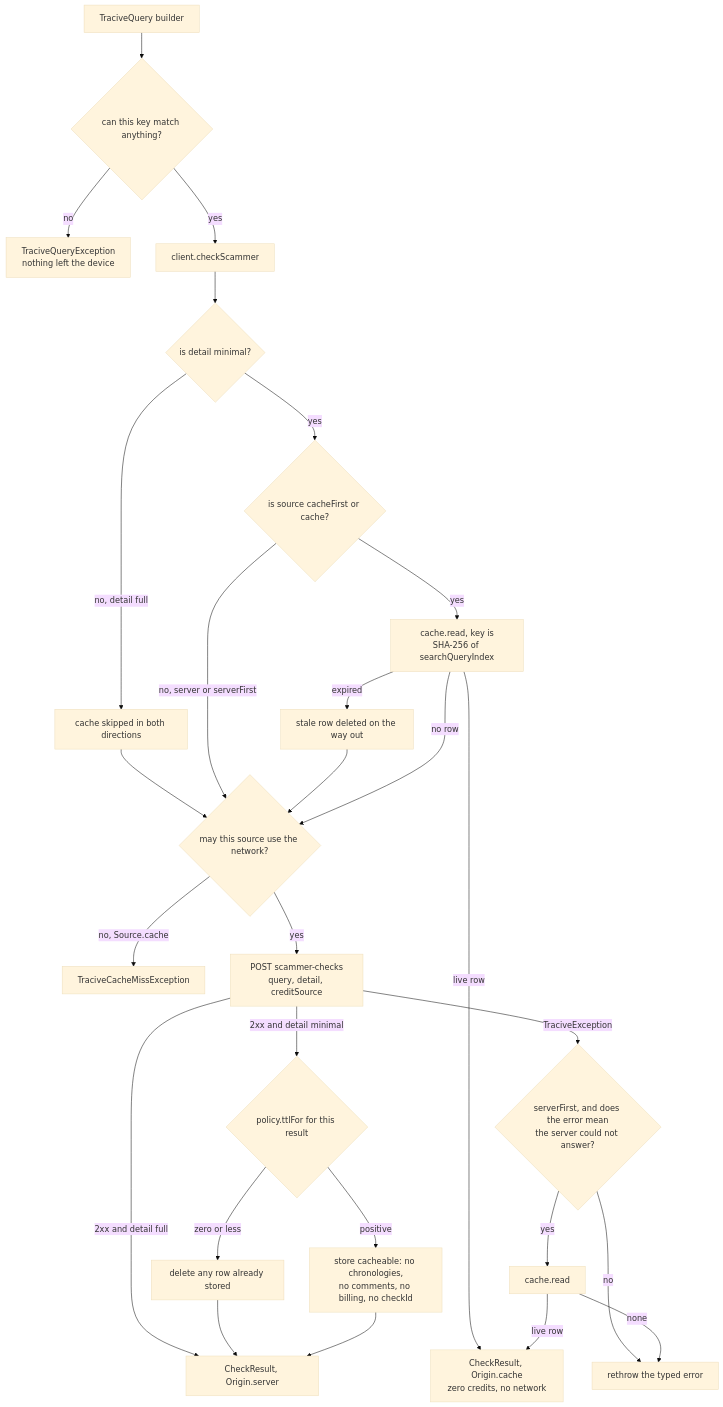
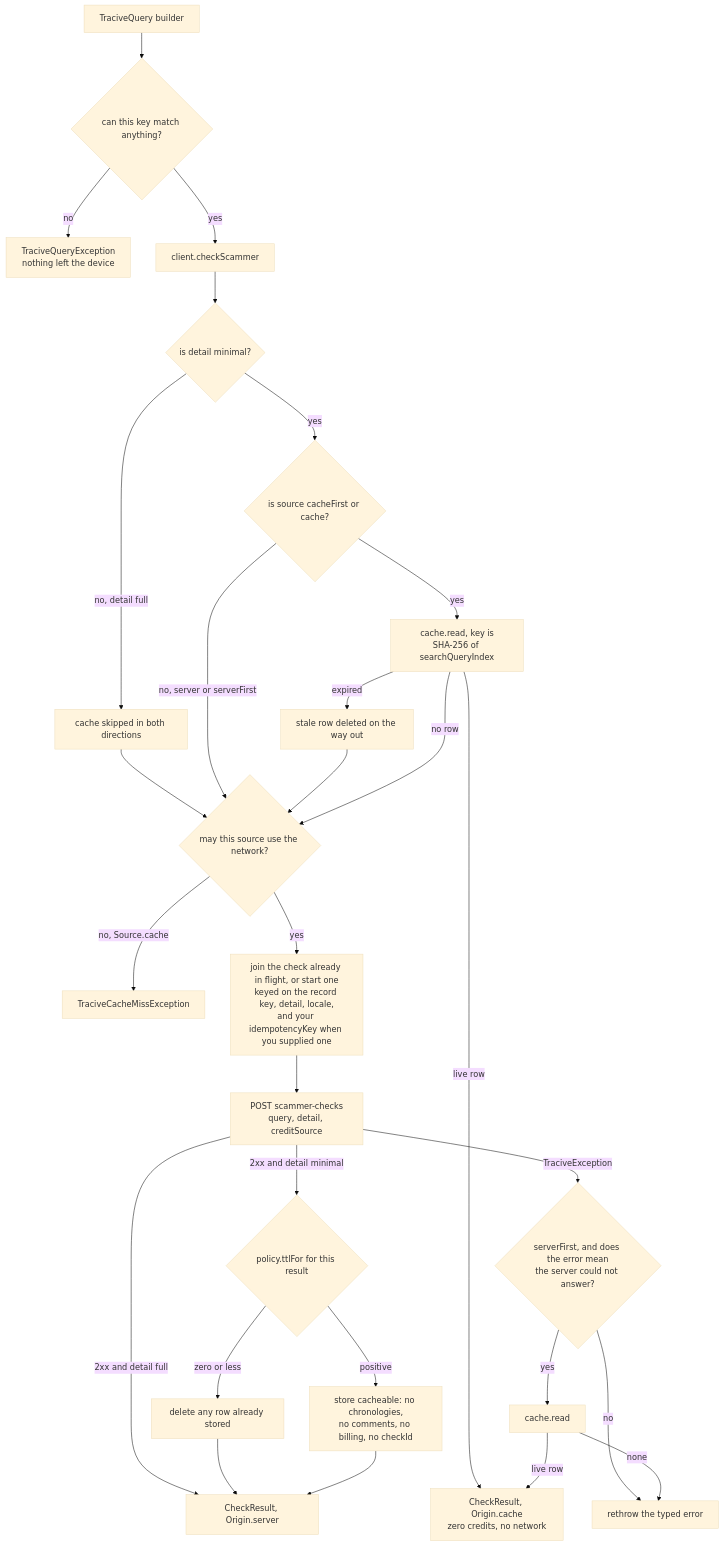
One commit to pleistocent/tracive-sdk-flutter changed the fourth of 5 diagrams in doc/architecture.md. Above: the diagram before and after it, drawn with Mermaid (base theme). The commit also changed other lines of this file, not shown here.

First line of the commit message:
docs(architecture): show the check latch in diagram D

````diff
--- a/doc/architecture.md
+++ b/doc/architecture.md
@@ -303,50 +311,52 @@
 ```mermaid
 flowchart TD
     Build["TraciveQuery builder"]
     Valid{"can this key match anything?"}
     Rejected["TraciveQueryException<br/>nothing left the device"]
     Check["client.checkScammer"]
     Applies{"is detail minimal?"}
     Skip["cache skipped in both directions"]
     ReadFirst{"is source cacheFirst or cache?"}
     CacheRead["cache.read, key is<br/>SHA-256 of searchQueryIndex"]
     Hit["CheckResult, Origin.cache<br/>zero credits, no network"]
     Expire["stale row deleted on the way out"]
     NetGate{"may this source use the network?"}
     Miss["TraciveCacheMissException"]
+    Latch["join the check already in flight, or start one<br/>keyed on the record key, detail, locale,<br/>and your idempotencyKey when you supplied one"]
     Post["POST scammer-checks<br/>query, detail, creditSource"]
     Ttl{"policy.ttlFor for this result"}
     Delete["delete any row already stored"]
     Store["store cacheable: no chronologies,<br/>no comments, no billing, no checkId"]
     Server["CheckResult, Origin.server"]
     Fallback{"serverFirst, and does the error mean<br/>the server could not answer?"}
     CacheRead2["cache.read"]
     Rethrow["rethrow the typed error"]
 
     Build --> Valid
     Valid -->|"no"| Rejected
     Valid -->|"yes"| Check
     Check --> Applies
     Applies -->|"no, detail full"| Skip
     Applies -->|"yes"| ReadFirst
     Skip --> NetGate
     ReadFirst -->|"yes"| CacheRead
     ReadFirst -->|"no, server or serverFirst"| NetGate
     CacheRead -->|"live row"| Hit
     CacheRead -->|"expired"| Expire
     Expire --> NetGate
     CacheRead -->|"no row"| NetGate
     NetGate -->|"no, Source.cache"| Miss
-    NetGate -->|"yes"| Post
+    NetGate -->|"yes"| Latch
+    Latch --> Post
     Post -->|"2xx and detail minimal"| Ttl
     Post -->|"2xx and detail full"| Server
     Ttl -->|"zero or less"| Delete
     Ttl -->|"positive"| Store
     Delete --> Server
     Store --> Server
     Post -->|"TraciveException"| Fallback
     Fallback -->|"yes"| CacheRead2
     Fallback -->|"no"| Rethrow
     CacheRead2 -->|"live row"| Hit
     CacheRead2 -->|"none"| Rethrow
 ```
````
